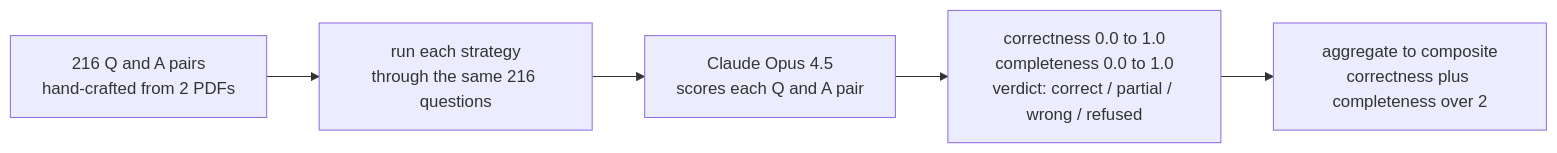
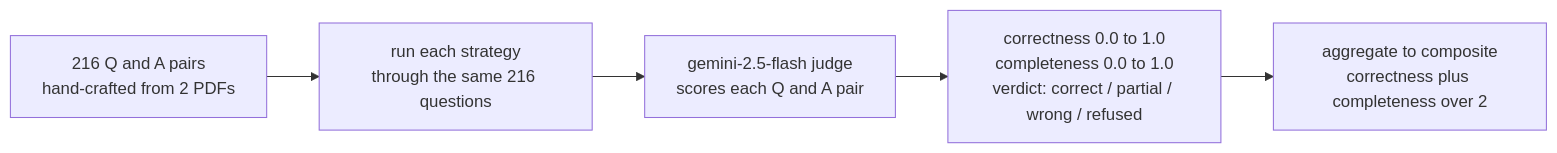
One commit to jchavezar/vertex-ai-samples changed the diagram in semiautonomous-agents/docparse/eval/RESULTS.md. Above: the diagram before and after it, drawn with Mermaid. The commit also changed other lines of this file and 4 other files, not shown here.

First line of the commit message:
docs(docparse): update to gemini-2.5-flash judge, 90.5% on 298 questions

````diff
--- a/semiautonomous-agents/docparse/eval/RESULTS.md
+++ b/semiautonomous-agents/docparse/eval/RESULTS.md
@@ -99,7 +99,7 @@
 ```mermaid
 flowchart LR
     Q[216 Q and A pairs<br/>hand-crafted from 2 PDFs] --> R[run each strategy<br/>through the same 216 questions]
-    R --> J[Claude Opus 4.5<br/>scores each Q and A pair]
+    R --> J[gemini-2.5-flash judge<br/>scores each Q and A pair]
     J --> S[correctness 0.0 to 1.0<br/>completeness 0.0 to 1.0<br/>verdict: correct / partial / wrong / refused]
     S --> A[aggregate to composite<br/>correctness plus completeness over 2]
 ```
````
